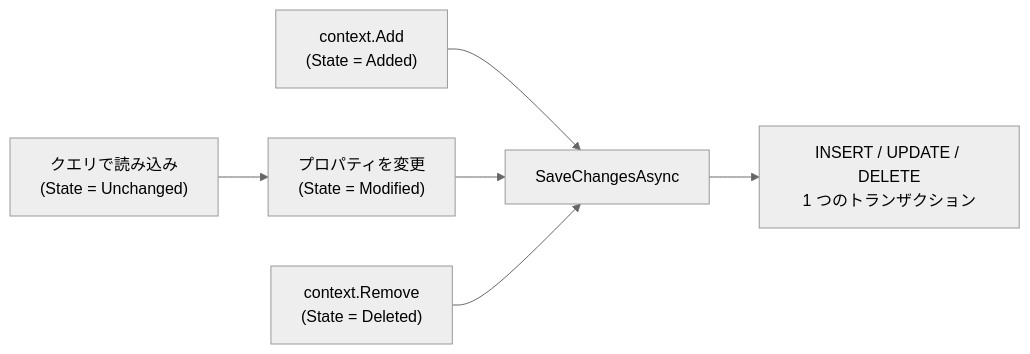
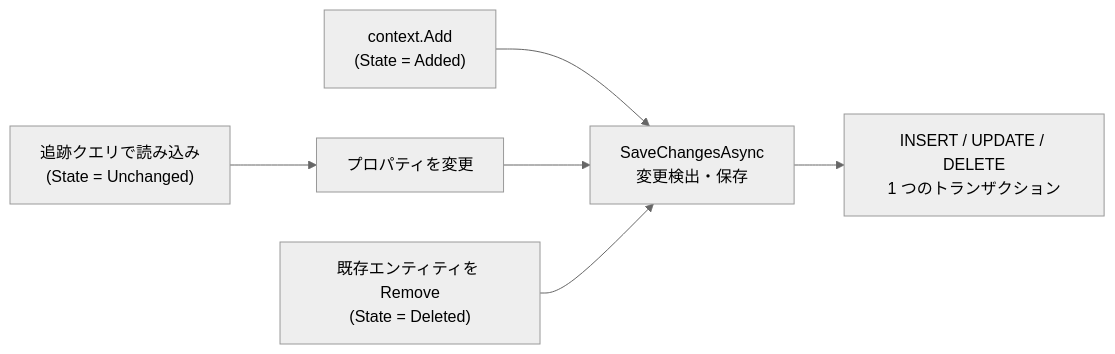
One commit to microsoft/aspnetcore-ja-handbook changed the fifth of 8 diagrams in src/content/docs/08-entity-framework-core/index.md. Above: the diagram before and after it, drawn with Mermaid (neutral theme). The commit also changed other lines of this file and 6 other files, not shown here.

````diff
--- a/src/content/docs/08-entity-framework-core/index.md
+++ b/src/content/docs/08-entity-framework-core/index.md
@@ -953,10 +967,10 @@
 ```mermaid
 flowchart LR
     accTitle: エンティティの状態と SaveChanges の関係
-    accDescr: 読み込み直後は Unchanged、変更すると Modified、Add で Added、Remove で Deleted になり、SaveChangesAsync がこれらを 1 つのトランザクションで INSERT・UPDATE・DELETE に変換する。
-    Q["クエリで読み込み<br>(State = Unchanged)"] --> M["プロパティを変更<br>(State = Modified)"]
+    accDescr: 追跡クエリで読み込んだ直後は Unchanged。既定のスナップショット追跡では、プロパティの変更は SaveChangesAsync 内の変更検出によって Modified と認識される。Add による Added、既存エンティティの Remove による Deleted とともに、INSERT・UPDATE・DELETE が 1 つのトランザクションで保存される。
+    Q["追跡クエリで読み込み<br>(State = Unchanged)"] --> M["プロパティを変更"]
     A["context.Add<br>(State = Added)"] --> S
-    M --> S["SaveChangesAsync"]
-    R["context.Remove<br>(State = Deleted)"] --> S
+    M --> S["SaveChangesAsync<br>変更検出・保存"]
+    R["既存エンティティを Remove<br>(State = Deleted)"] --> S
     S --> SQL["INSERT / UPDATE / DELETE<br>1 つのトランザクション"]
 ```
````
